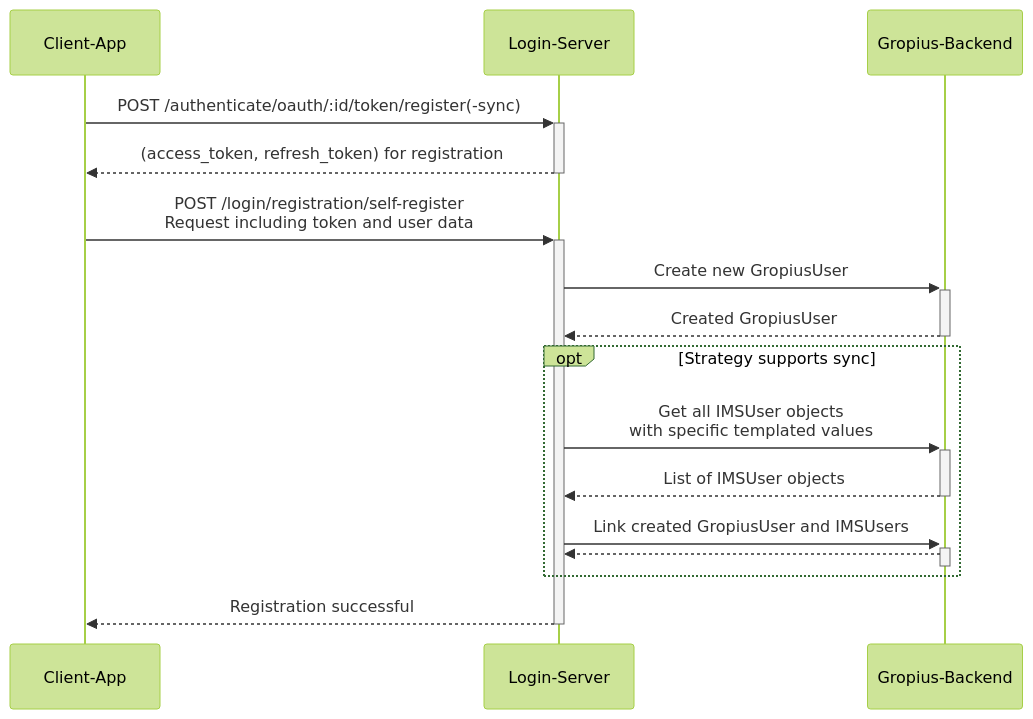
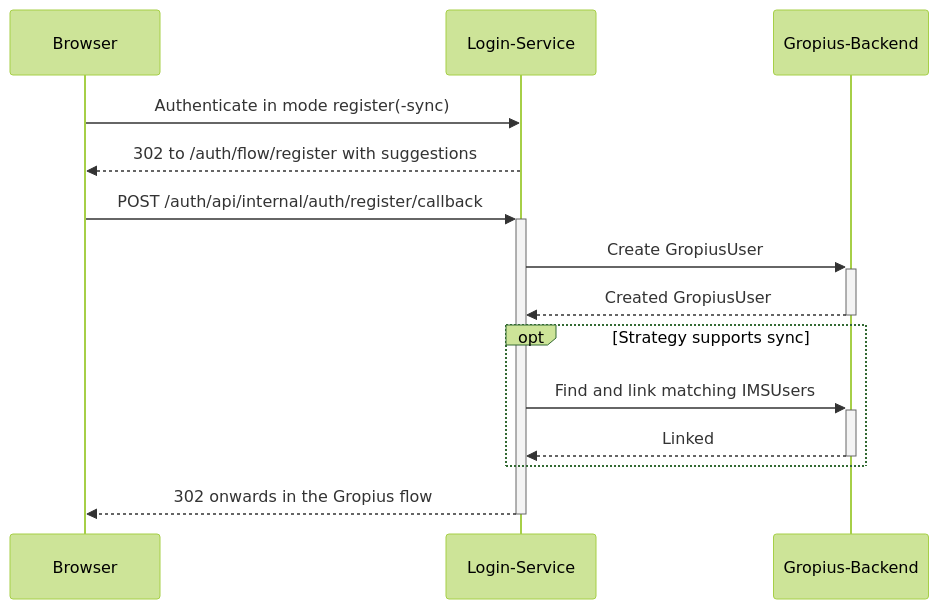
One commit to ccims/gropius changed the fourth of 4 diagrams in website/docs/docs/login.md. Above: the diagram before and after it, drawn with Mermaid (forest theme). The commit also changed other lines of this file and 1 other file, not shown here.

First line of the commit message:
Update the login service docs to the current state

````diff
--- a/website/docs/docs/login.md
+++ b/website/docs/docs/login.md
@@ -157,19 +284,17 @@
 ```mermaid
 sequenceDiagram
-    participant C as Client-App
-    participant LS as Login-Server
-    participant B as Gropius-Backend
-    
-    C->>+LS: POST /authenticate/oauth/:id/token/register(-sync)
-    LS-->>-C: (access_token, refresh_token) for registration
-    C->>+LS: POST /login/registration/self-register<br>Request including token and user data
-    LS->>+B: Create new GropiusUser
-    B-->>-LS: Created GropiusUser
+    participant B as Browser
+    participant LS as Login-Service
+    participant BE as Gropius-Backend
+
+    B->>LS: Authenticate in mode register(-sync)
+    LS-->>B: 302 to /auth/flow/register with suggestions
+    B->>+LS: POST /auth/api/internal/auth/register/callback
+    LS->>+BE: Create GropiusUser
+    BE-->>-LS: Created GropiusUser
     opt Strategy supports sync
-    LS->>+B: Get all IMSUser objects<br>with specific templated values
-    B-->>-LS: List of IMSUser objects
-    LS->>+B: Link created GropiusUser and IMSUsers
-    B-->>-LS: 
+        LS->>+BE: Find and link matching IMSUsers
+        BE-->>-LS: Linked
     end
-    LS-->>-C: Registration successful
+    LS-->>-B: 302 onwards in the Gropius flow
 ```
````
